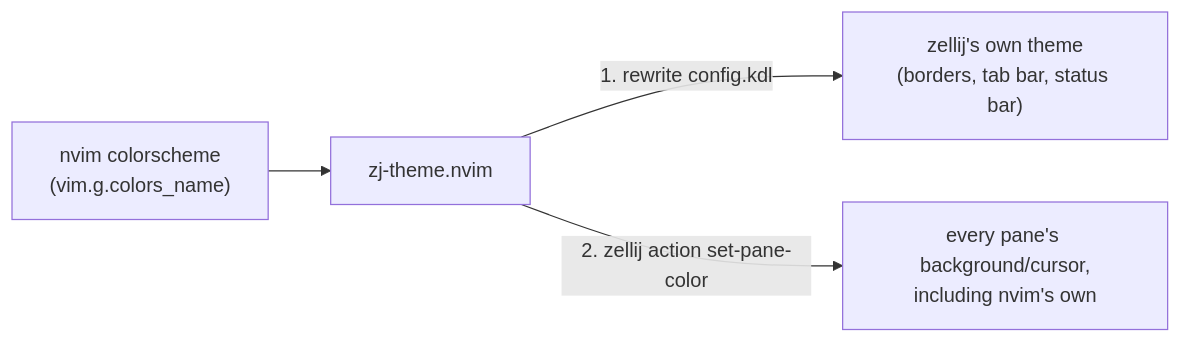
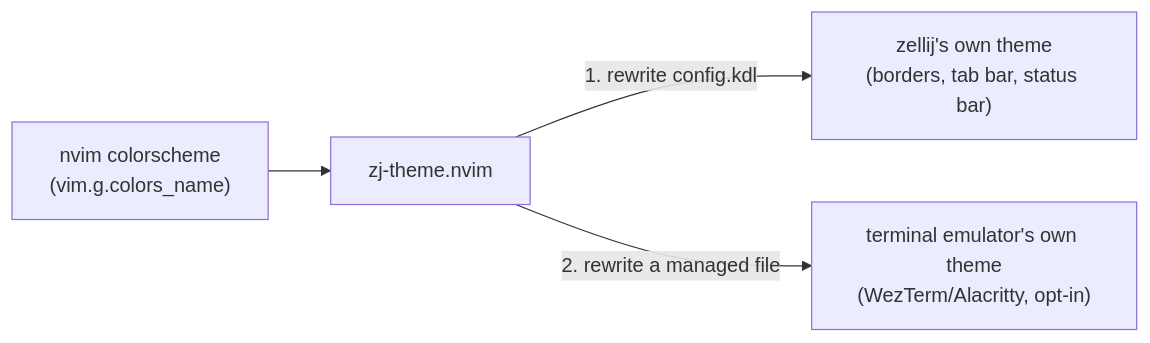
One commit to jaimeibanezrivera/zj-theme changed the first of 9 diagrams in ARCHITECTURE.md. Above: the diagram before and after it, drawn with Mermaid. The commit also changed other lines of this file and 18 other files, not shown here.

````diff
--- a/ARCHITECTURE.md
+++ b/ARCHITECTURE.md
@@ -16,6 +15,6 @@
 ```mermaid
 flowchart LR
     CS["nvim colorscheme\n(vim.g.colors_name)"] --> Plugin["zj-theme.nvim"]
     Plugin -->|"1. rewrite config.kdl"| ZTheme["zellij's own theme\n(borders, tab bar, status bar)"]
-    Plugin -->|"2. zellij action set-pane-color"| AllPanes["every pane's background/cursor,\nincluding nvim's own"]
+    Plugin -->|"2. rewrite a managed file"| Term["terminal emulator's own theme\n(WezTerm/Alacritty, opt-in)"]
 ```
````
